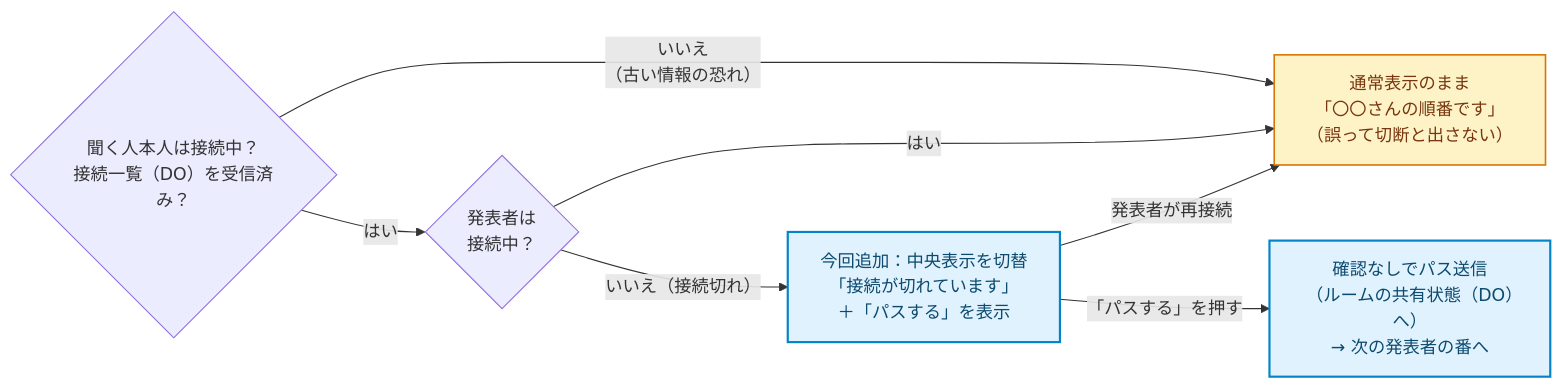
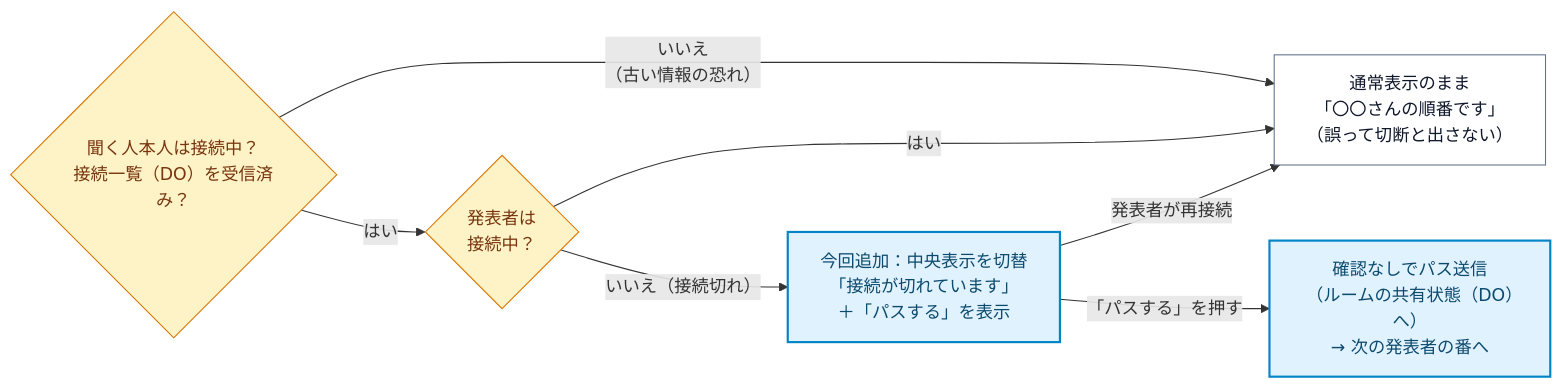
One commit to engineer-first/idea-boost changed the third of 5 diagrams in .agents/skills/write-pr/references/diagrams.md. Above: the diagram before and after it, drawn with Mermaid. The commit also changed other lines of this file and 6 other files, not shown here.

First line of the commit message:
仕組みの図の部品・言葉カタログを1か所へ集約し、描画検査を省く (#1467)

````diff
--- a/.agents/skills/write-pr/references/diagrams.md
+++ b/.agents/skills/write-pr/references/diagrams.md
@@ -55,15 +95,17 @@
 ```mermaid
 flowchart LR
   Self{"聞く人本人は接続中？<br/>接続一覧（DO）を受信済み？"}
   Self -->|"いいえ<br/>（古い情報の恐れ）"| Normal["通常表示のまま<br/>「〇〇さんの順番です」<br/>（誤って切断と出さない）"]
   Self -->|"はい"| Pres{"発表者は<br/>接続中？"}
   Pres -->|"はい"| Normal
   Pres -->|"いいえ（接続切れ）"| Disconn["今回追加：中央表示を切替<br/>「接続が切れています」<br/>＋「パスする」を表示"]
   Disconn -->|"発表者が再接続"| Normal
   Disconn -->|"「パスする」を押す"| Pass["確認なしでパス送信<br/>（ルームの共有状態（DO）へ）<br/>→ 次の発表者の番へ"]
 
+  classDef screen fill:#fff,stroke:#64748b,color:#0f172a
+  classDef decision fill:#fef3c7,stroke:#d97706,color:#78350f
   classDef changed fill:#e0f2fe,stroke:#0284c7,stroke-width:2px,color:#0c4a6e
-  classDef guard fill:#fef3c7,stroke:#d97706,stroke-width:1.5px,color:#78350f
+  class Self,Pres decision
+  class Normal screen
   class Disconn,Pass changed
-  class Normal guard
 ```
````
